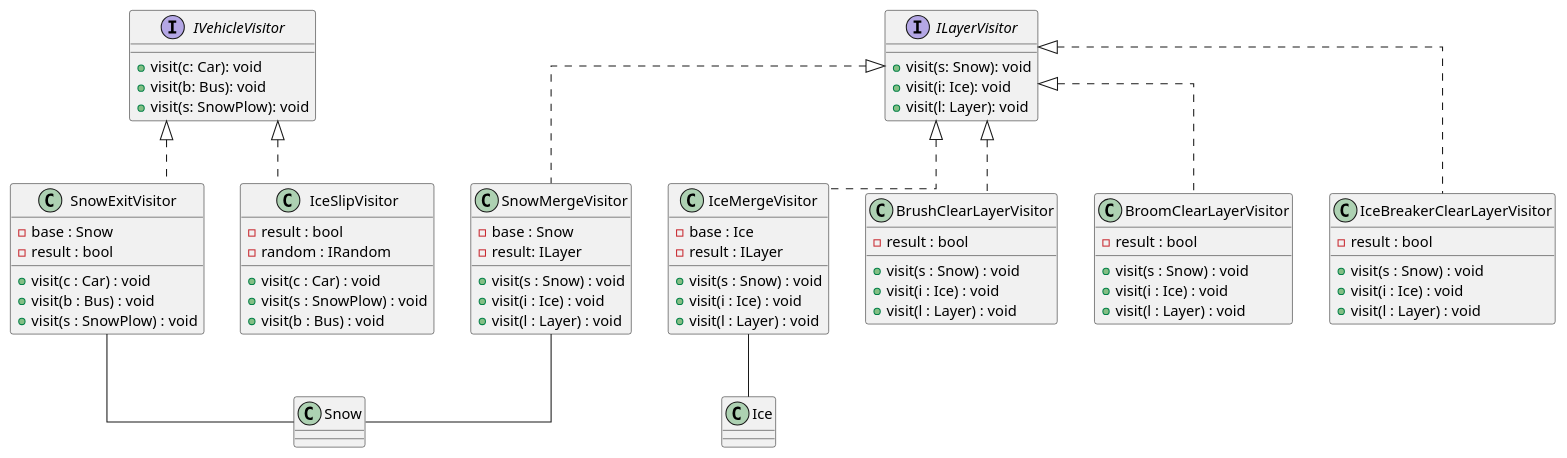
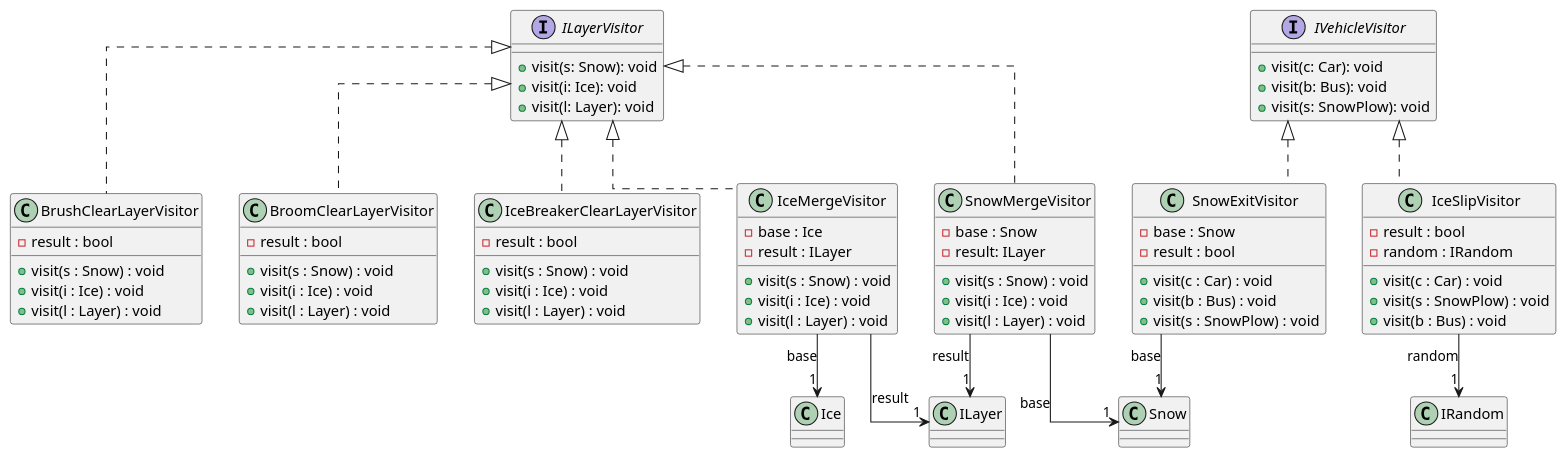
Before and after one commit to uhrinandor/spring: the diagram in docs/analizis1/classdiagram/2.plantuml, drawn with PlantUML. The commit also changed 3 other files, not shown here.

```diff
--- a/docs/analizis1/classdiagram/2.plantuml
+++ b/docs/analizis1/classdiagram/2.plantuml
@@ -1,76 +1,80 @@
 @startuml "visitors"
 skinparam linetype ortho
 
    interface ILayerVisitor {
        + visit(s: Snow): void
        + visit(i: Ice): void
        + visit(l: Layer): void
    }
 
 
    interface IVehicleVisitor {
        + visit(c: Car): void
        + visit(b: Bus): void
        + visit(s: SnowPlow): void
    }
 
 
    class SnowMergeVisitor implements ILayerVisitor{
         - base : Snow
         - result: ILayer
         + visit(s : Snow) : void
         + visit(i : Ice) : void
         + visit(l : Layer) : void
     }
-    SnowMergeVisitor -- Snow
+    SnowMergeVisitor --> "1" Snow: base
+    SnowMergeVisitor --> "1" ILayer: result
 
     class IceMergeVisitor implements ILayerVisitor{
         - base : Ice
         - result : ILayer
         + visit(s : Snow) : void
         + visit(i : Ice) : void
         + visit(l : Layer) : void
     }
-    IceMergeVisitor -- Ice
+    IceMergeVisitor --> "1" Ice: base
+    IceMergeVisitor --> "1" ILayer: result
 
     class IceSlipVisitor implements IVehicleVisitor{
         - result : bool
         - random : IRandom
         + visit(c : Car) : void
         + visit(s : SnowPlow) : void
         + visit(b : Bus) : void
     }
 
+    IceSlipVisitor --> "1" IRandom: random
+
     class SnowExitVisitor implements IVehicleVisitor{
         - base : Snow
         - result : bool
         + visit(c : Car) : void
         + visit(b : Bus) : void
         + visit(s : SnowPlow) : void
     }
-    SnowExitVisitor -- Snow
+    SnowExitVisitor --> "1" Snow: base
 
     class BrushClearLayerVisitor implements ILayerVisitor{
         - result : bool
         + visit(s : Snow) : void
         + visit(i : Ice) : void
         + visit(l : Layer) : void
     }
 
     class BroomClearLayerVisitor implements ILayerVisitor{
         - result : bool
         + visit(s : Snow) : void
         + visit(i : Ice) : void
         + visit(l : Layer) : void
     }
 
     class IceBreakerClearLayerVisitor implements ILayerVisitor{
         - result : bool
         + visit(s : Snow) : void
         + visit(i : Ice) : void
         + visit(l : Layer) : void
     }
 
 
 
 @enduml
```
